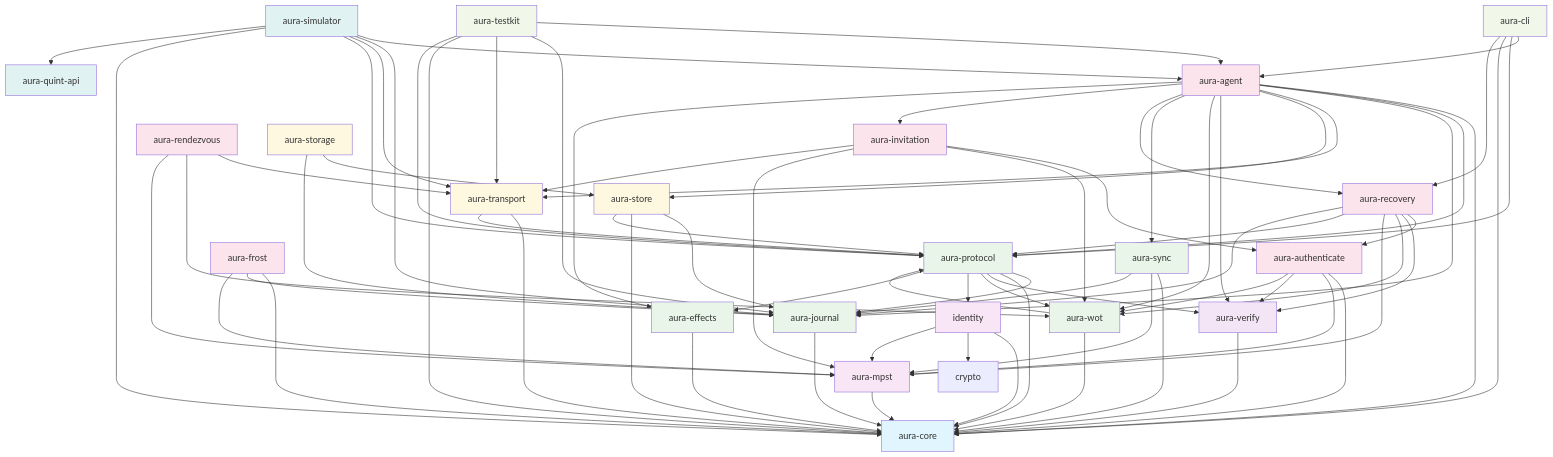
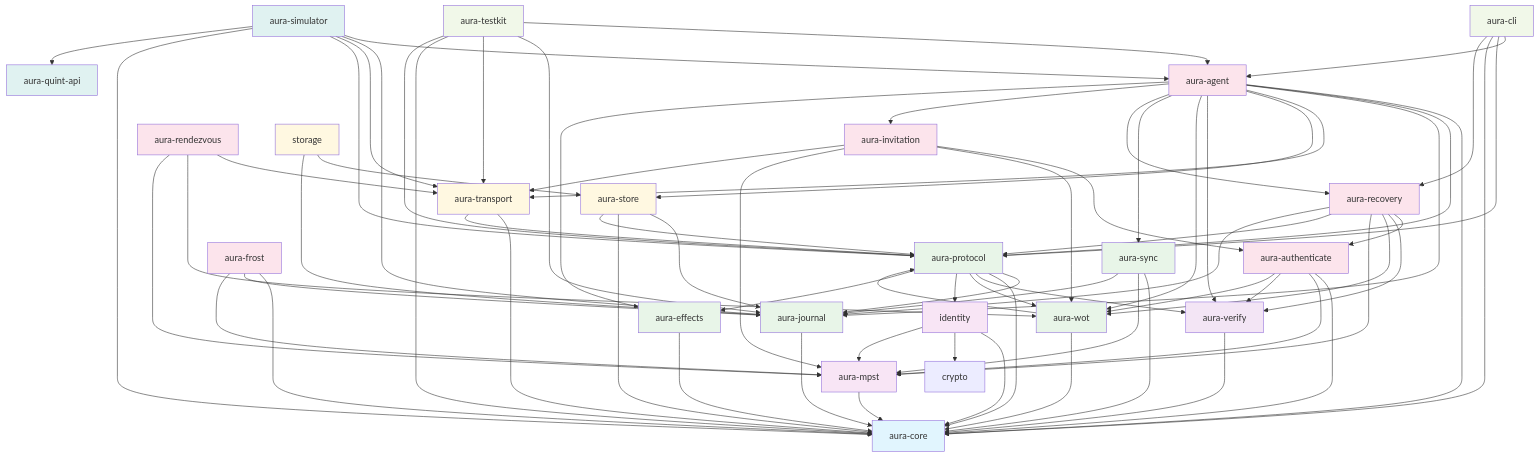
Before and after one commit to hxrts/aura: the diagram in docs/999_project_structure.md, drawn with Mermaid. The commit also changed other lines of this file and 255 other files, not shown here.

```diff
--- a/docs/999_project_structure.md
+++ b/docs/999_project_structure.md
@@ -536,7 +534,6 @@
 
     %% Application Layer
     agent[aura-agent]
-    storage[aura-storage]
 
     %% Development Tools
     testkit[aura-testkit]
```
